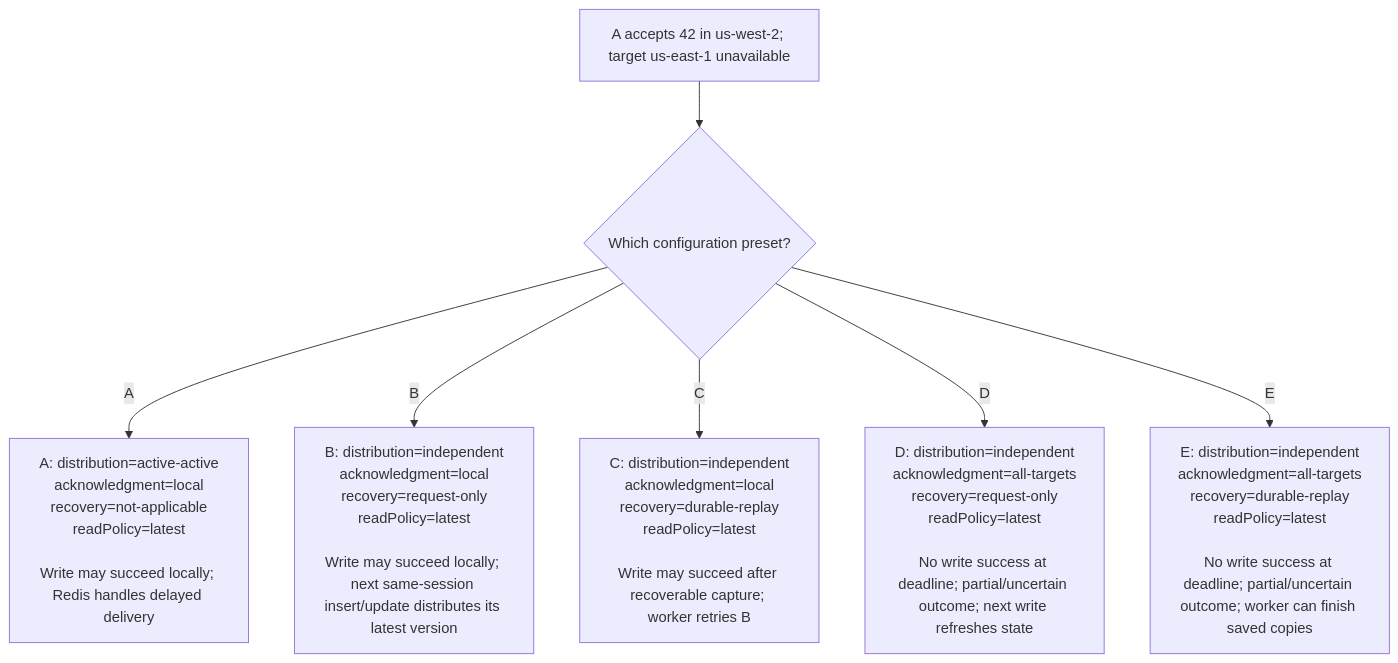
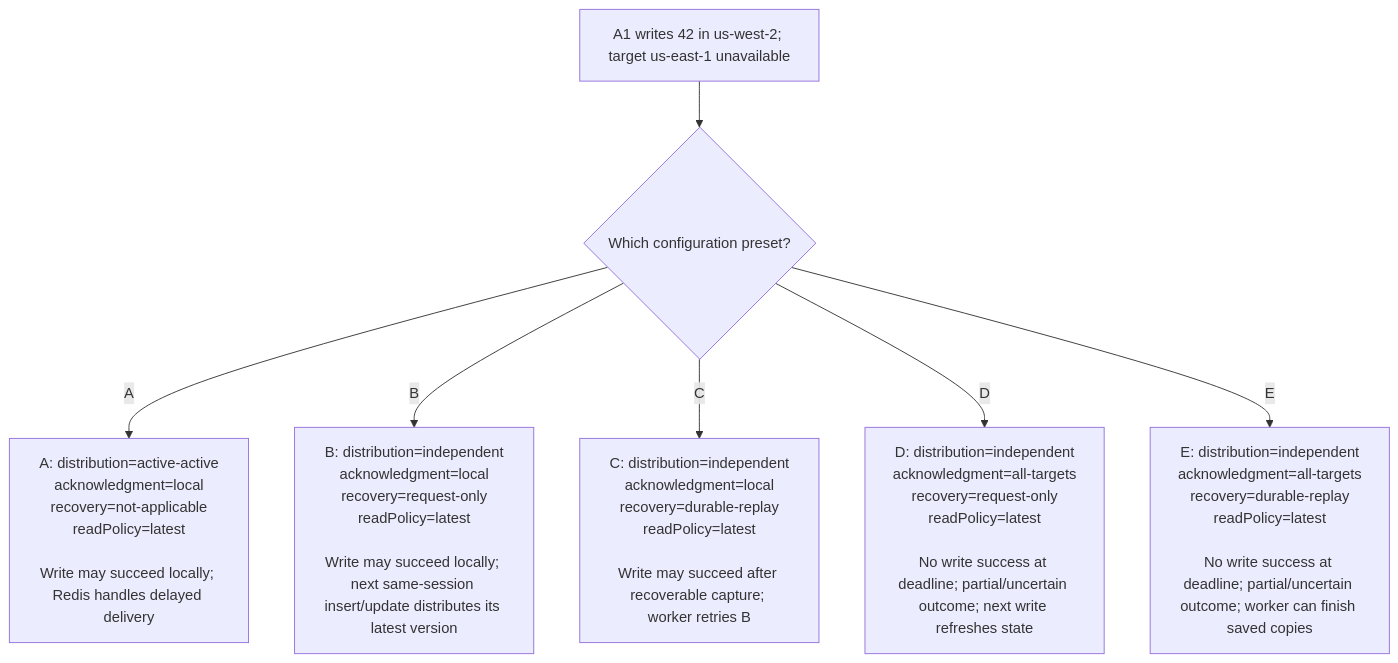
Before and after one commit to alberttwong/redis-multi-region-adapter: the third of 5 diagrams in decisions.md, drawn with Mermaid. The commit also changed other lines of this file and 11 other files, not shown here.

````diff
--- a/decisions.md
+++ b/decisions.md
@@ -65,9 +65,9 @@
 ```mermaid
 flowchart TD
-    Write["A accepts 42 in us-west-2; target us-east-1 unavailable"] --> Preset{"Which configuration preset?"}
+    Write["A1 writes 42 in us-west-2; target us-east-1 unavailable"] --> Preset{"Which configuration preset?"}
     Preset -->|A| A["A: distribution=active-active<br/>acknowledgment=local<br/>recovery=not-applicable<br/>readPolicy=latest<br/><br/>Write may succeed locally; Redis handles delayed delivery"]
     Preset -->|B| B["B: distribution=independent<br/>acknowledgment=local<br/>recovery=request-only<br/>readPolicy=latest<br/><br/>Write may succeed locally; next same-session insert/update distributes its latest version"]
     Preset -->|C| C["C: distribution=independent<br/>acknowledgment=local<br/>recovery=durable-replay<br/>readPolicy=latest<br/><br/>Write may succeed after recoverable capture; worker retries B"]
     Preset -->|D| D["D: distribution=independent<br/>acknowledgment=all-targets<br/>recovery=request-only<br/>readPolicy=latest<br/><br/>No write success at deadline; partial/uncertain outcome; next write refreshes state"]
     Preset -->|E| E["E: distribution=independent<br/>acknowledgment=all-targets<br/>recovery=durable-replay<br/>readPolicy=latest<br/><br/>No write success at deadline; partial/uncertain outcome; worker can finish saved copies"]
 ```
````
